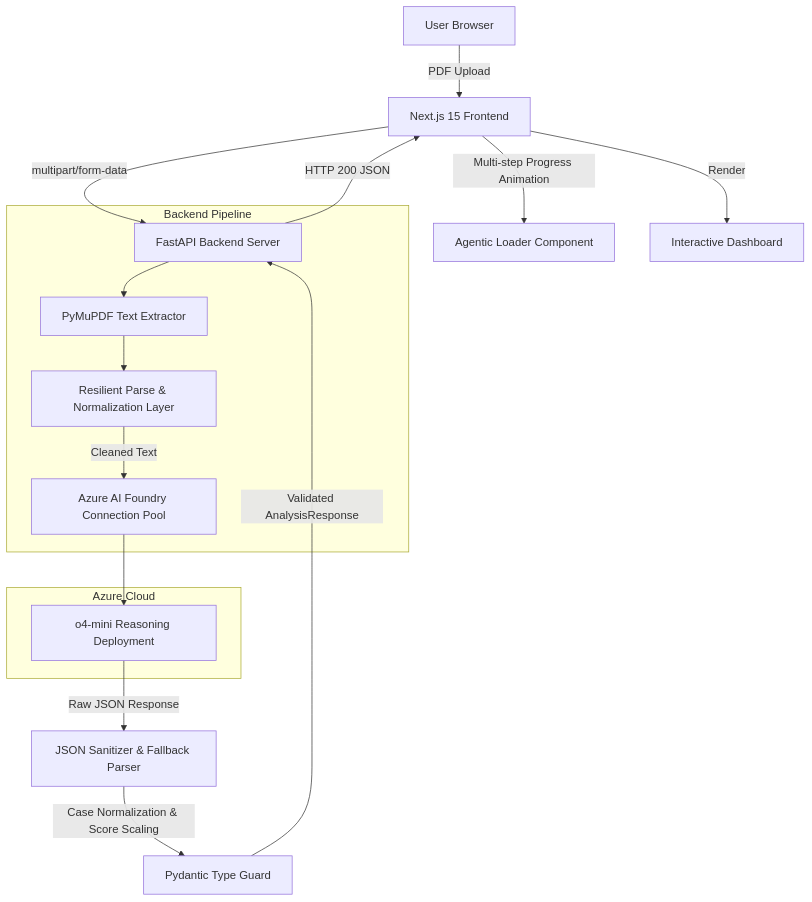
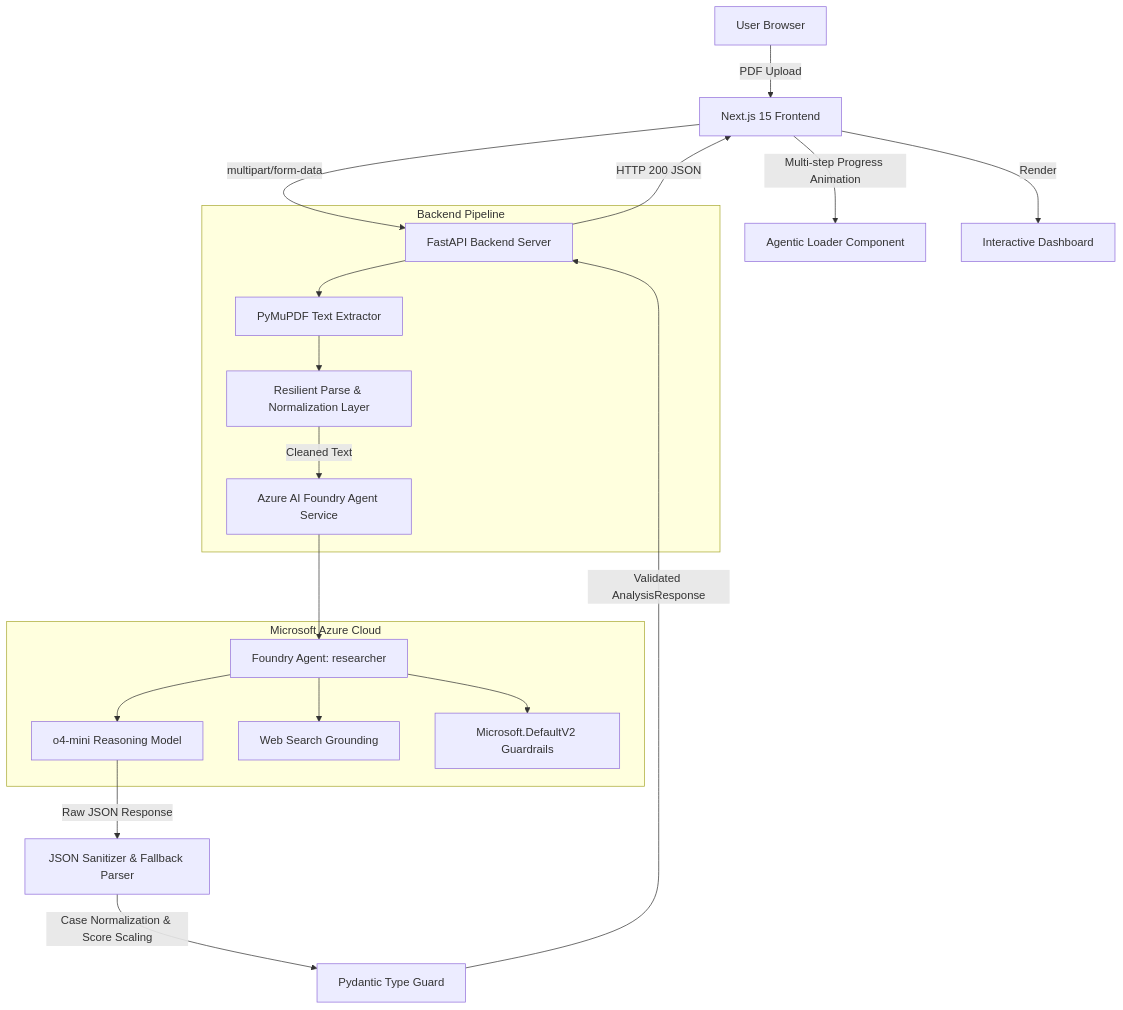
One commit to HariN999/ResearchCompass changed the diagram in README.md. Above: the diagram before and after it, drawn with Mermaid. The commit also changed other lines of this file and 5 other files, not shown here.

````diff
--- a/README.md
+++ b/README.md
@@ -38,22 +78,25 @@
 ```mermaid
 graph TD
     A[User Browser] -- PDF Upload --> B[Next.js 15 Frontend]
     B -- Multi-step Progress Animation --> C[Agentic Loader Component]
     B -- multipart/form-data --> D[FastAPI Backend Server]
-    
+
     subgraph Backend Pipeline
         D --> E[PyMuPDF Text Extractor]
         E --> F[Resilient Parse & Normalization Layer]
-        F -- Cleaned Text --> G[Azure AI Foundry Connection Pool]
+        F -- Cleaned Text --> G[Azure AI Foundry Agent Service]
     end
-    
-    subgraph Azure Cloud
-        G --> H[o4-mini Reasoning Deployment]
+
+    subgraph Microsoft Azure Cloud
+        G --> H[Foundry Agent: researcher]
+        H --> I[o4-mini Reasoning Model]
+        H --> J[Web Search Grounding]
+        H --> K[Microsoft.DefaultV2 Guardrails]
     end
-    
-    H -- Raw JSON Response --> I[JSON Sanitizer & Fallback Parser]
-    I -- Case Normalization & Score Scaling --> J[Pydantic Type Guard]
-    J -- Validated AnalysisResponse --> D
+
+    I -- Raw JSON Response --> L[JSON Sanitizer & Fallback Parser]
+    L -- Case Normalization & Score Scaling --> M[Pydantic Type Guard]
+    M -- Validated AnalysisResponse --> D
     D -- HTTP 200 JSON --> B
-    B -- Render --> K[Interactive Dashboard]
+    B -- Render --> N[Interactive Dashboard]
 ```
````
